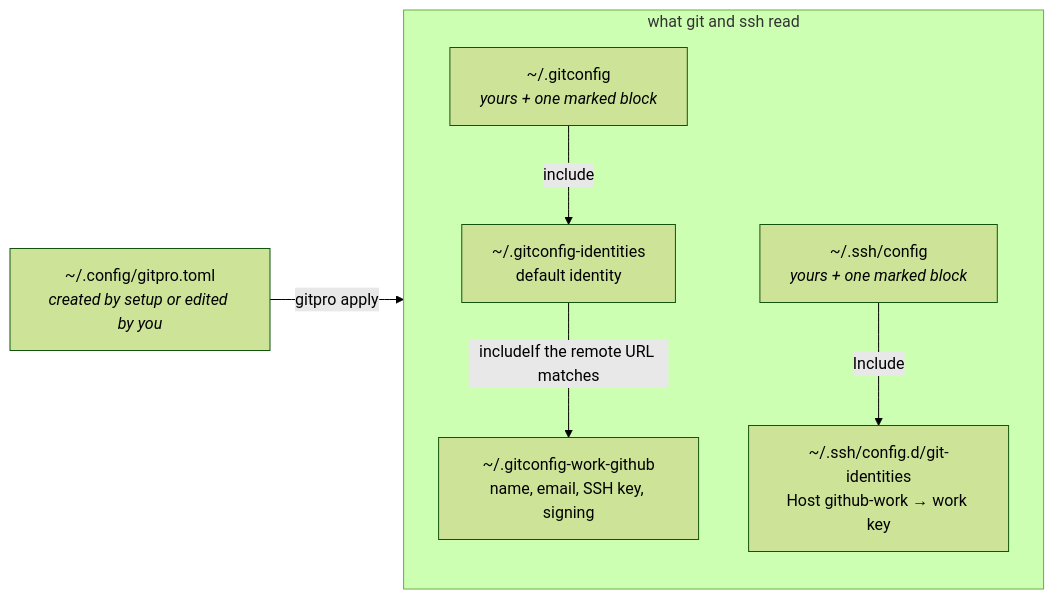
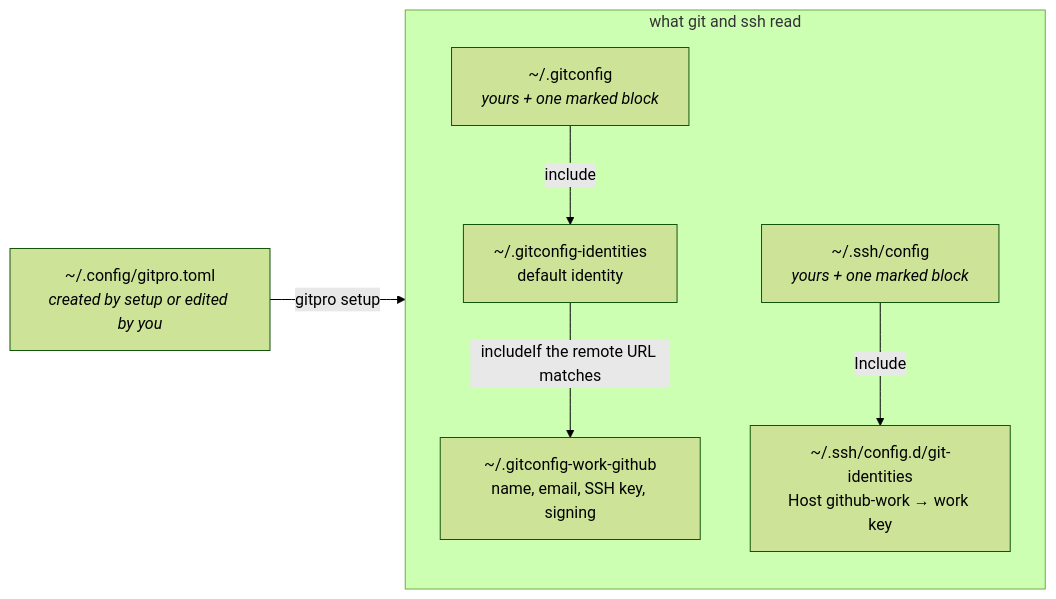
Before and after one commit to Yantrakar/gitpro: the second of 2 diagrams in docs/guide.md, drawn with Mermaid (forest theme). The commit also changed other lines of this file and 77 other files, not shown here.

````diff
--- a/docs/guide.md
+++ b/docs/guide.md
@@ -124,11 +66,11 @@
 ```mermaid
 flowchart LR
-    toml["~/.config/gitpro.toml<br/><i>created by setup or edited by you</i>"] -- "gitpro apply" --> files
+    toml["~/.config/gitpro.toml<br/><i>created by setup or edited by you</i>"] -- "gitpro setup" --> files
 
     subgraph files ["what git and ssh read"]
         direction TB
         gc["~/.gitconfig<br/><i>yours + one marked block</i>"] -- "include" --> ids["~/.gitconfig-identities<br/>default identity"]
         ids -- "includeIf the remote URL matches" --> one["~/.gitconfig-work-github<br/>name, email, SSH key, signing"]
         sc["~/.ssh/config<br/><i>yours + one marked block</i>"] -- "Include" --> alias["~/.ssh/config.d/git-identities<br/>Host github-work → work key"]
     end
 ```
````
